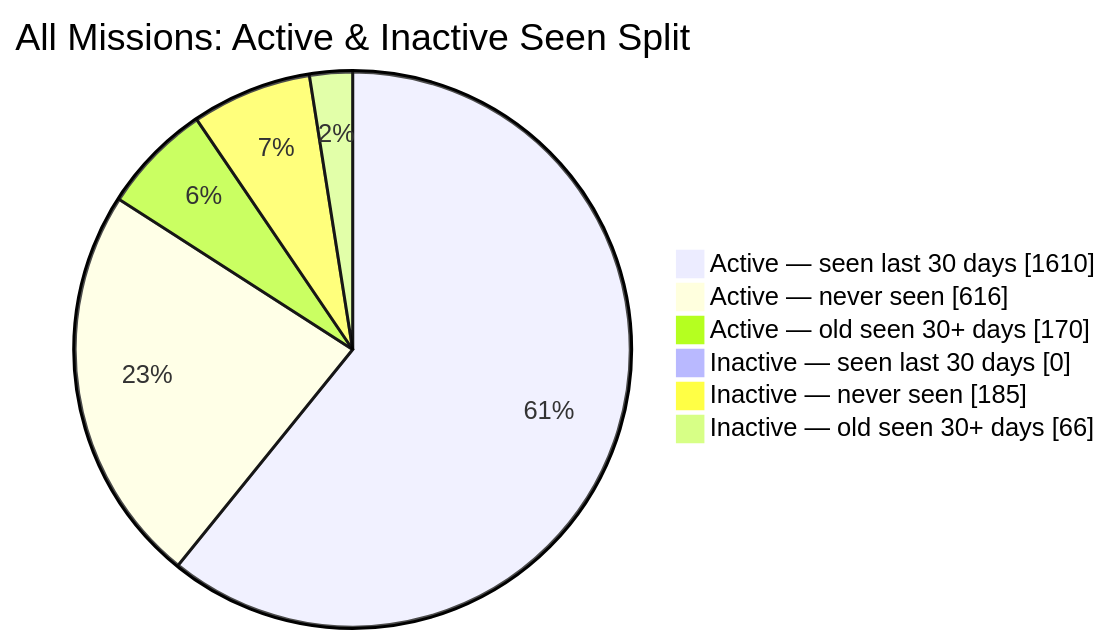
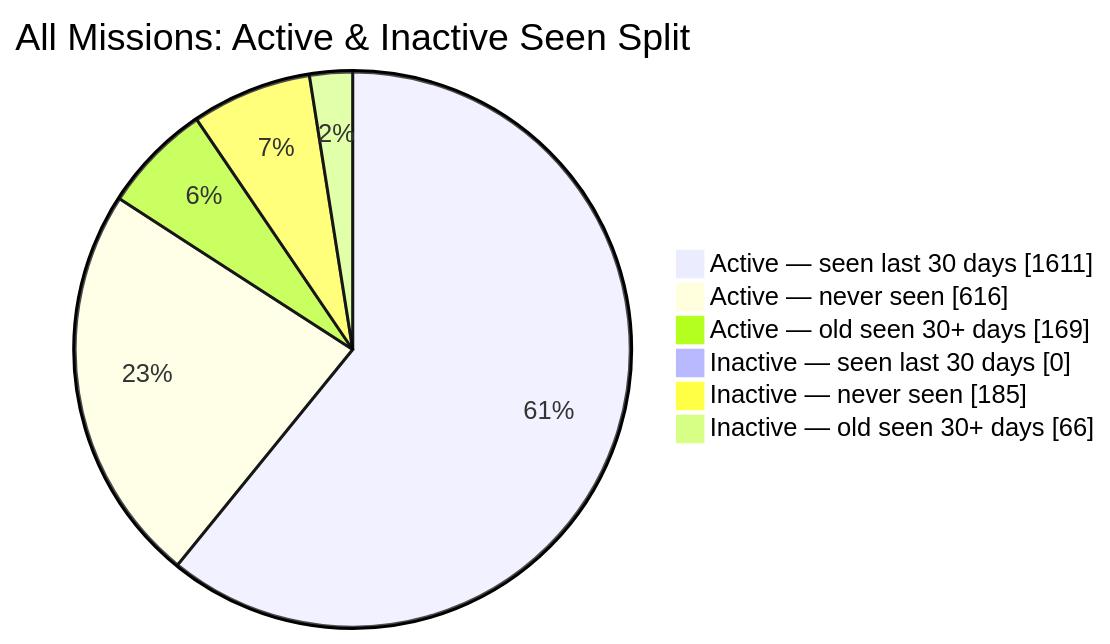
The second of 2 diagrams in README.md (MeldkamerspelGameTeam/active-missions), drawn with Mermaid before and after one commit. The commit also changed other lines of this file and 2 other files, not shown here.

````diff
--- a/README.md
+++ b/README.md
@@ -44,10 +44,10 @@
 ```mermaid
 pie showData
     title All Missions: Active & Inactive Seen Split
-    "Active — seen last 30 days" : 1610
+    "Active — seen last 30 days" : 1611
     "Active — never seen" : 616
-    "Active — old seen 30+ days" : 170
+    "Active — old seen 30+ days" : 169
     "Inactive — seen last 30 days" : 0
     "Inactive — never seen" : 185
     "Inactive — old seen 30+ days" : 66
 ```
````
